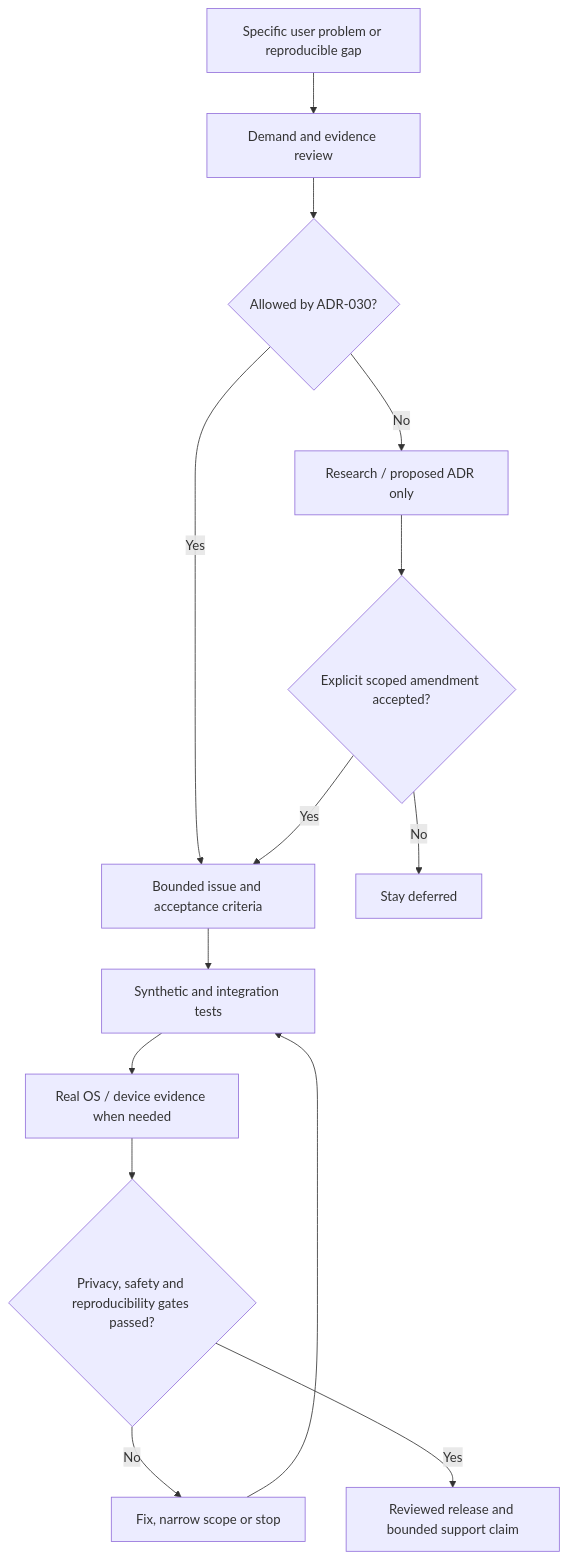
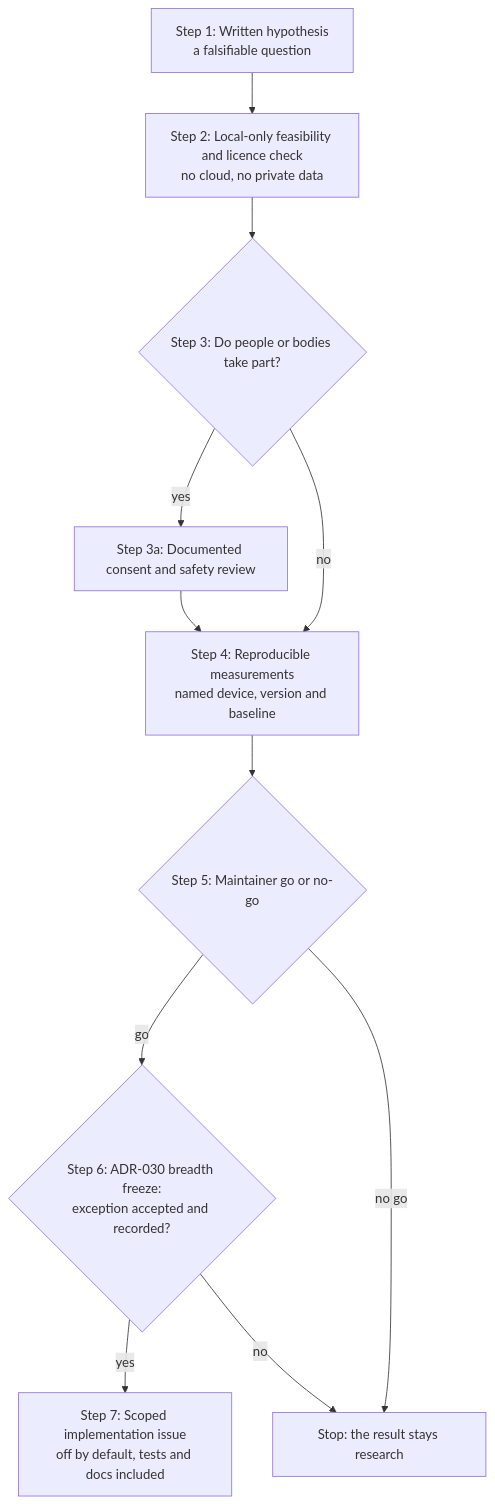
Before and after one commit to MSKazemi/yazses: the third of 3 diagrams in docs/roadmap.md, drawn with Mermaid. The commit also changed other lines of this file, not shown here.

First line of the commit message:
docs(roadmap): three accessible diagrams for the status words, the lanes and the research gate (#839)

````diff
--- a/docs/roadmap.md
+++ b/docs/roadmap.md
@@ -99,16 +167,22 @@
 ```mermaid
 flowchart TB
-    A["Specific user problem or reproducible gap"] --> B["Demand and evidence review"]
-    B --> C{"Allowed by ADR-030?"}
-    C -->|Yes| D["Bounded issue and acceptance criteria"]
-    C -->|No| E["Research / proposed ADR only"]
-    E --> F{"Explicit scoped amendment accepted?"}
-    F -->|No| Z["Stay deferred"]
-    F -->|Yes| D
-    D --> G["Synthetic and integration tests"]
-    G --> H["Real OS / device evidence when needed"]
-    H --> I{"Privacy, safety and reproducibility gates passed?"}
-    I -->|No| J["Fix, narrow scope or stop"]
-    J --> G
-    I -->|Yes| K["Reviewed release and bounded support claim"]
+    A["Step 1: Written hypothesis<br/>a falsifiable question"]
+    B["Step 2: Local-only feasibility and licence check<br/>no cloud, no private data"]
+    C{"Step 3: Do people or bodies take part?"}
+    D["Step 3a: Documented consent and safety review"]
+    E["Step 4: Reproducible measurements<br/>named device, version and baseline"]
+    F{"Step 5: Maintainer go or no-go"}
+    G{"Step 6: ADR-030 breadth freeze:<br/>exception accepted and recorded?"}
+    H["Step 7: Scoped implementation issue<br/>off by default, tests and docs included"]
+    Z["Stop: the result stays research"]
+    A --> B
+    B --> C
+    C -->|"yes"| D
+    C -->|"no"| E
+    D --> E
+    E --> F
+    F -->|"go"| G
+    F -->|"no go"| Z
+    G -->|"yes"| H
+    G -->|"no"| Z
 ```
````
